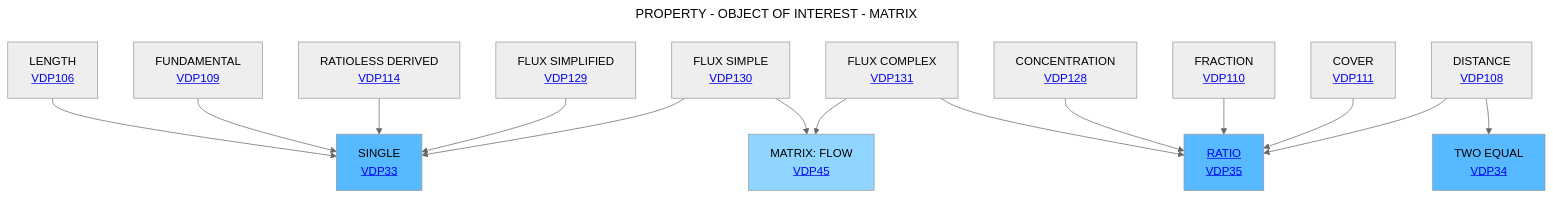
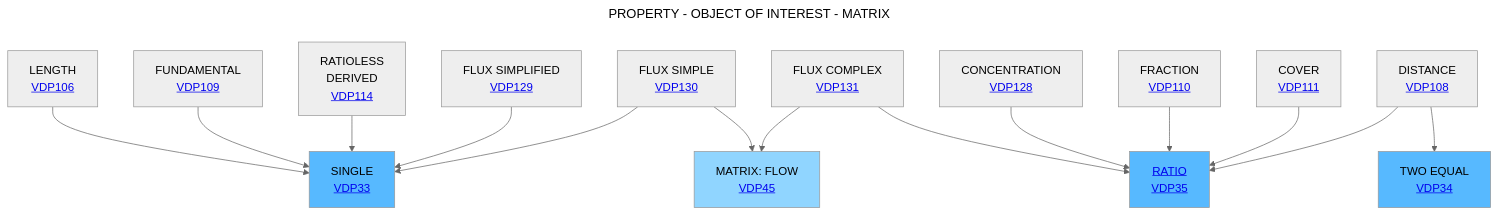
Before and after one commit to mabablue/I-ADOPT-patterns-playground: the diagram in Decision_trees/DT7.mmd, drawn with Mermaid (neutral theme).

```diff
--- a/Decision_trees/DT7.mmd
+++ b/Decision_trees/DT7.mmd
@@ -1,20 +1,20 @@
 ---
 title: PROPERTY - OBJECT OF INTEREST - MATRIX
 ---
 flowchart TD
     A[LENGTH <br> <a href='https://github.com/mabablue/I-ADOPT-patterns-playground/blob/main/pattern/VDP106.yaml'> VDP106</a>] --> C[SINGLE<br><a href='https://github.com/mabablue/I-ADOPT-patterns-playground/blob/main/pattern/VDP33.yaml'> VDP33</a>]:::satblue
     B[FUNDAMENTAL <br> <a href='https://github.com/mabablue/I-ADOPT-patterns-playground/blob/main/pattern/VDP109.yaml'> VDP109</a>]  --> C
-    D[RATIOLESS DERIVED <br> <a href='https://github.com/mabablue/I-ADOPT-patterns-playground/blob/main/pattern/VDP114.yaml'> VDP114</a>] --> C
+    D[RATIOLESS <br> DERIVED <br> <a href='https://github.com/mabablue/I-ADOPT-patterns-playground/blob/main/pattern/VDP114.yaml'> VDP114</a>] --> C
     E[FLUX SIMPLIFIED <br> <a href='https://github.com/mabablue/I-ADOPT-patterns-playground/blob/main/pattern/VDP129.yaml'>VDP129</a>] --> C
     I[FLUX COMPLEX <br> <a href='https://github.com/mabablue/I-ADOPT-patterns-playground/blob/main/pattern/VDP131.yaml'>VDP131</a>] --> F  
     M[CONCENTRATION <br> <a href='https://github.com/mabablue/I-ADOPT-patterns-playground/blob/main/pattern/VDP128.yaml'>VDP128</a>] --> F
     L[FRACTION <br> <a href='https://github.com/mabablue/I-ADOPT-patterns-playground/blob/main/pattern/VDP110.yaml'>VDP110</a>] --> F[<a href='https://github.com/mabablue/I-ADOPT-patterns-playground/blob/main/pattern/VDP35.yaml'>RATIO <br> VDP35</a>]:::satblue
     Q[FLUX SIMPLE <br> <a href='https://github.com/mabablue/I-ADOPT-patterns-playground/blob/main/pattern/VDP130.yaml'>VDP130</a>] --> C
     P[COVER <br> <a href='https://github.com/mabablue/I-ADOPT-patterns-playground/blob/main/pattern/VDP111.yaml'>VDP111</a>] --> F
     Q --> K[MATRIX: FLOW <br> <a href='https://github.com/mabablue/I-ADOPT-patterns-playground/blob/main/pattern/VDP45.yaml'>VDP45</a>]:::blue
     G[DISTANCE <br> <a href='https://github.com/mabablue/I-ADOPT-patterns-playground/blob/main/pattern/VDP108.yaml'>VDP108</a>] --> F 
     G --> R[TWO EQUAL <br> <a href='https://github.com/mabablue/I-ADOPT-patterns-playground/blob/main/pattern/VDP34.yaml'>VDP34</a>]:::satblue
     I --> K
 
    classDef blue fill:#90D5FF
    classDef satblue fill:#57B9FF
```
